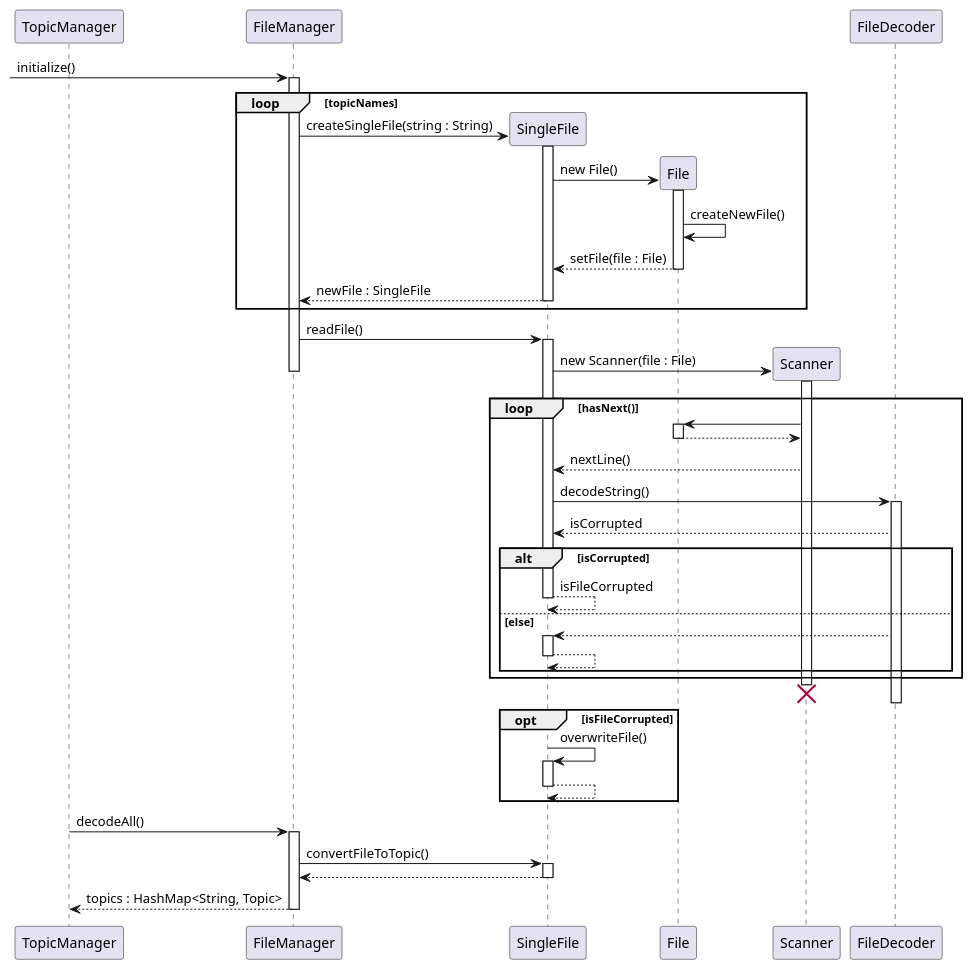
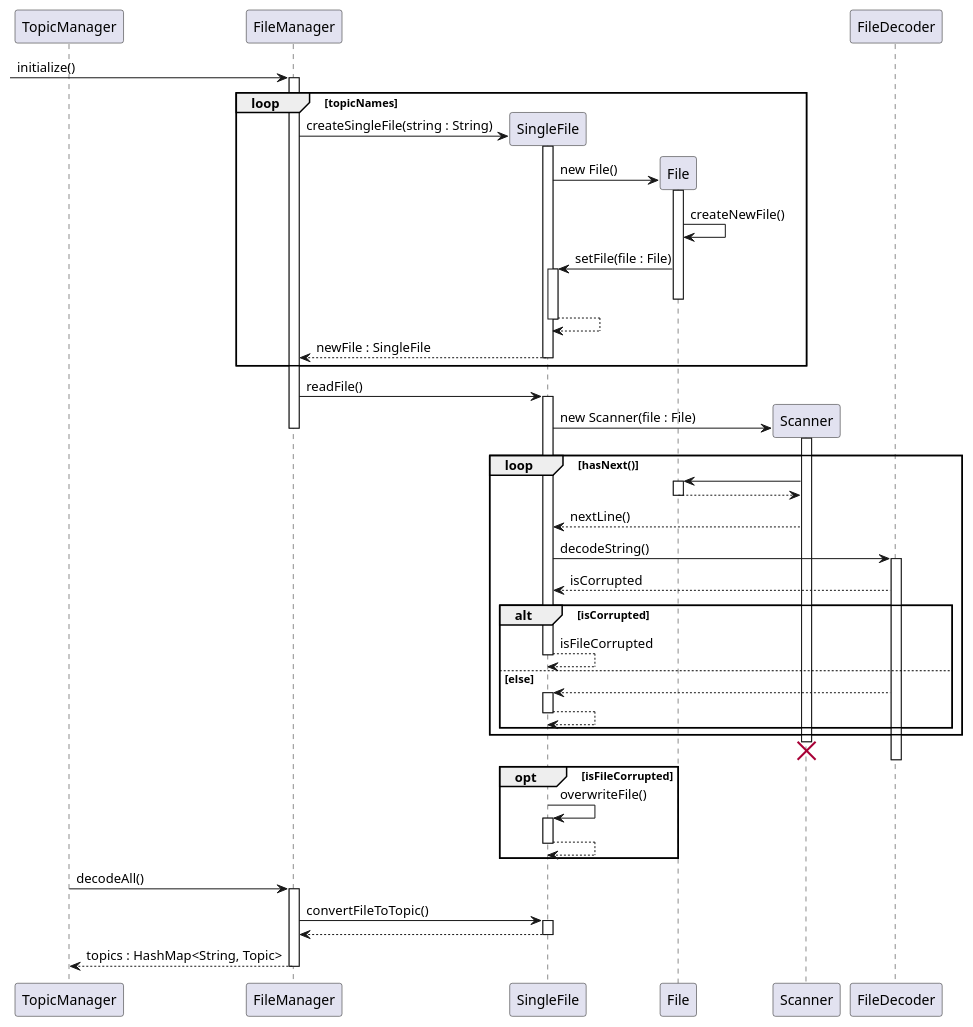
One commit to ong-ck/tp changed the diagram in docs/sequence-diagrams/source-files/InitializationFileManager.puml. Above: the diagram before and after it, drawn with PlantUML. The commit also changed 1 other file, not shown here.

Commit message:
Fix: InitializationSequenceDiagram callback syntax error

```diff
--- a/docs/sequence-diagrams/source-files/InitializationFileManager.puml
+++ b/docs/sequence-diagrams/source-files/InitializationFileManager.puml
@@ -1,63 +1,66 @@
 @startuml
 
 participant TopicManager as tm
 participant FileManager as fm
 participant SingleFile as sf
 participant File as f
 participant Scanner as s
 participant FileDecoder as fd
 
 -> fm : initialize()
 activate fm
 loop topicNames
     fm -> sf ** : createSingleFile(string : String)
     activate sf
     sf -> f ** : new File()
     activate f
     f -> f : createNewFile()
-    f --> sf : setFile(file : File)
+    f -> sf : setFile(file : File)
+    activate sf
     deactivate f
+    sf --> sf
+    deactivate sf
     sf --> fm : newFile : SingleFile
     deactivate sf
 end
 fm -> sf : readFile()
 activate sf
 sf -> s ** : new Scanner(file : File)
 activate s
 deactivate fm
     loop hasNext()
     s -> f
     activate f
     f --> s
     deactivate f
     s --> sf : nextLine()
     sf -> fd : decodeString()
     activate fd
     fd --> sf : isCorrupted
         alt isCorrupted
         sf --> sf : isFileCorrupted
         deactivate sf
         else else
         fd --> sf
         activate sf
         sf-->sf
         deactivate sf
         end
     end
     destroy s
     deactivate sf
     deactivate fd
     opt isFileCorrupted
     sf -> sf : overwriteFile()
     activate sf
     sf --> sf
     deactivate sf
     end
 tm -> fm : decodeAll()
 activate fm
 fm -> sf : convertFileToTopic()
 activate sf
 return
 return topics : HashMap<String, Topic>
 
 @enduml
```
